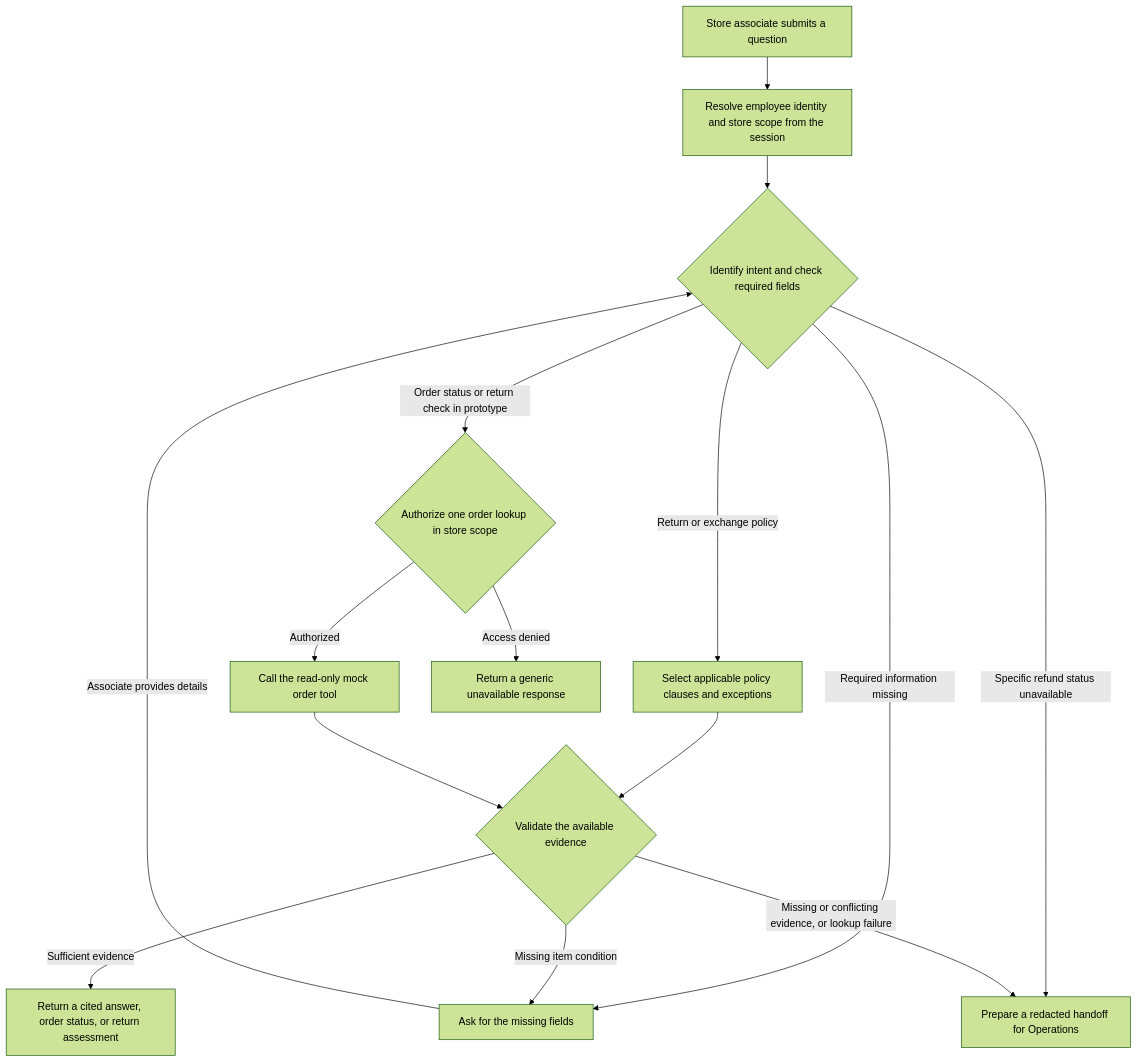
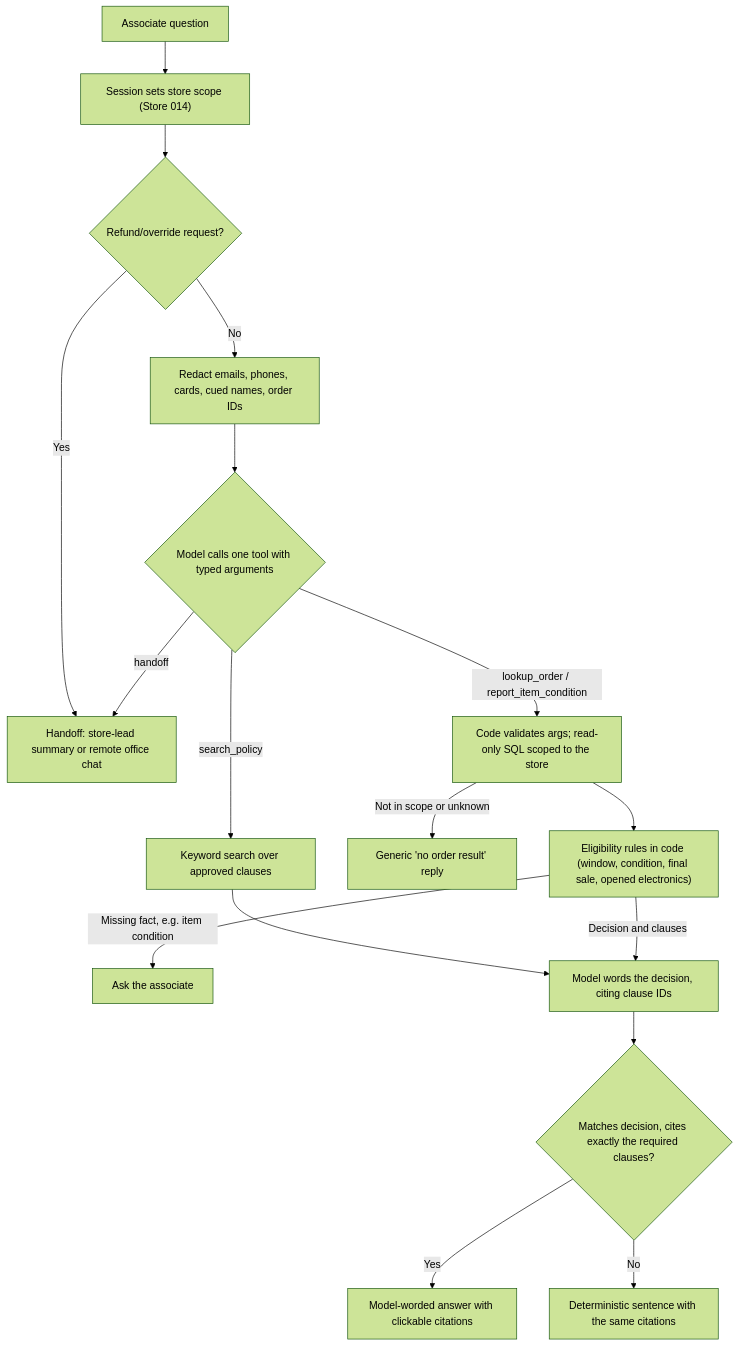
The diagram in README.md (xuxihui92/artefact-novamart-case-study), drawn with Mermaid (forest theme) before and after one commit. The commit also changed other lines of this file and 1 other file, not shown here.

````diff
--- a/README.md
+++ b/README.md
@@ -31,17 +50,19 @@
 ```mermaid
 flowchart TD
-    A["Store associate submits a question"] --> B["Resolve employee identity and store scope from the session"]
-    B --> C{"Identify intent and check required fields"}
-    C -->|Required information missing| D["Ask for the missing fields"]
-    D -->|Associate provides details| C
-    C -->|Return or exchange policy| E["Select applicable policy clauses and exceptions"]
-    C -->|Order status or return check in prototype| F{"Authorize one order lookup in store scope"}
-    C -->|Specific refund status unavailable| J
-    F -->|Authorized| G["Call the read-only mock order tool"]
-    F -->|Access denied| K["Return a generic unavailable response"]
-    E --> H{"Validate the available evidence"}
-    G --> H
-    H -->|Sufficient evidence| I["Return a cited answer, order status, or return assessment"]
-    H -->|Missing item condition| D
-    H -->|Missing or conflicting evidence, or lookup failure| J["Prepare a redacted handoff for Operations"]
+    A["Associate question"] --> B["Session sets store scope (Store 014)"]
+    B --> P{"Refund/override request?"}
+    P -->|Yes| J["Handoff: store-lead summary or remote office chat"]
+    P -->|No| C["Redact emails, phones, cards, cued names, order IDs"]
+    C --> D{"Model calls one tool with typed arguments"}
+    D -->|search_policy| E["Keyword search over approved clauses"]
+    D -->|lookup_order / report_item_condition| F["Code validates args; read-only SQL scoped to the store"]
+    D -->|handoff| J
+    F -->|Not in scope or unknown| K["Generic 'no order result' reply"]
+    F --> G["Eligibility rules in code (window, condition, final sale, opened electronics)"]
+    G -->|Missing fact, e.g. item condition| H["Ask the associate"]
+    E --> I["Model words the decision, citing clause IDs"]
+    G -->|Decision and clauses| I
+    I --> V{"Matches decision, cites exactly the required clauses?"}
+    V -->|Yes| L["Model-worded answer with clickable citations"]
+    V -->|No| M["Deterministic sentence with the same citations"]
 ```
````
